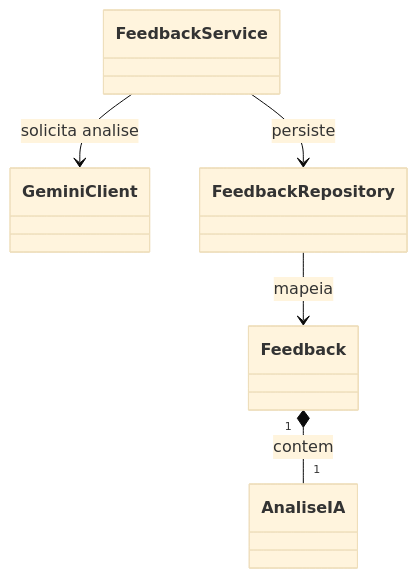
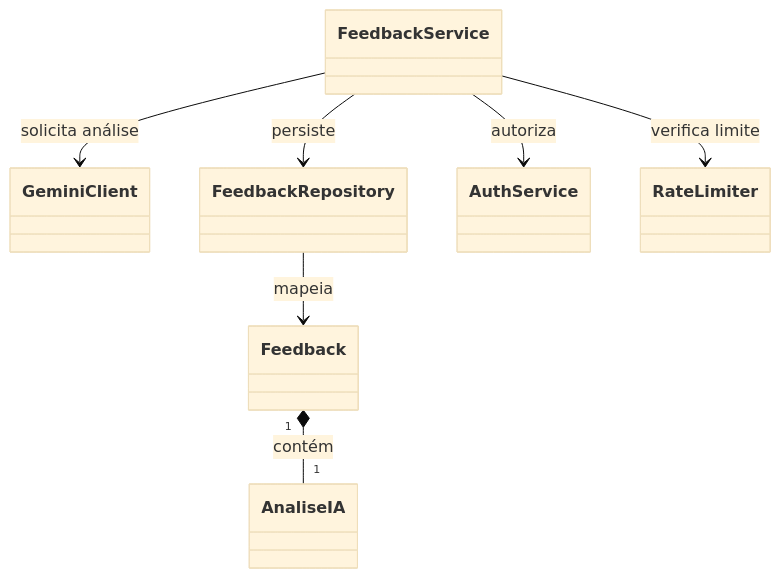
One commit to Rijkaard10/VozDoCliente-IA changed the second of 3 diagrams in README.md. Above: the diagram before and after it, drawn with Mermaid (base theme). The commit also changed other lines of this file, not shown here.

````diff
--- a/README.md
+++ b/README.md
@@ -287,13 +418,19 @@
 ```mermaid
 classDiagram
     direction TB
+
     class FeedbackService
     class GeminiClient
     class FeedbackRepository
     class Feedback
     class AnaliseIA
-    FeedbackService --> GeminiClient : solicita analise
+    class AuthService
+    class RateLimiter
+
+    FeedbackService --> GeminiClient : solicita análise
     FeedbackService --> FeedbackRepository : persiste
+    FeedbackService --> AuthService : autoriza
+    FeedbackService --> RateLimiter : verifica limite
     FeedbackRepository --> Feedback : mapeia
-    Feedback "1" *-- "1" AnaliseIA : contem
+    Feedback "1" *-- "1" AnaliseIA : contém
 ```
````
